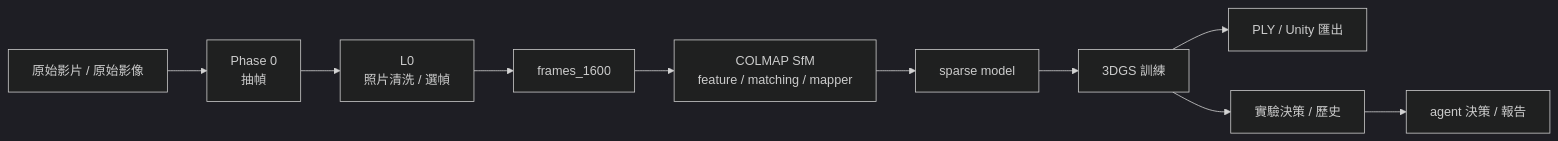
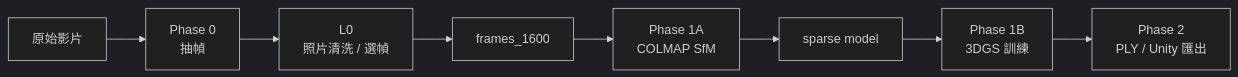
One commit to e1134171019/3d-recon-pipeline changed the diagram in README.md. Above: the diagram before and after it, drawn with Mermaid (dark theme). The commit also changed other lines of this file and 2 other files, not shown here.

````diff
--- a/README.md
+++ b/README.md
@@ -227,12 +28,10 @@
 ```mermaid
 flowchart LR
-    V[原始影片 / 原始影像] --> P0[Phase 0<br/>抽幀]
+    V[原始影片] --> P0[Phase 0<br/>抽幀]
     P0 --> L0[L0<br/>照片清洗 / 選幀]
     L0 --> F1600[frames_1600]
-    F1600 --> SFM[COLMAP SfM<br/>feature / matching / mapper]
+    F1600 --> SFM[Phase 1A<br/>COLMAP SfM]
     SFM --> SPARSE[sparse model]
-    SPARSE --> GS[3DGS 訓練]
-    GS --> PLY[PLY / Unity 匯出]
-    GS --> EXP[實驗決策 / 歷史]
-    EXP --> AGENT[agent 決策 / 報告]
+    SPARSE --> GS[Phase 1B<br/>3DGS 訓練]
+    GS --> PLY[Phase 2<br/>PLY / Unity 匯出]
 ```
````
